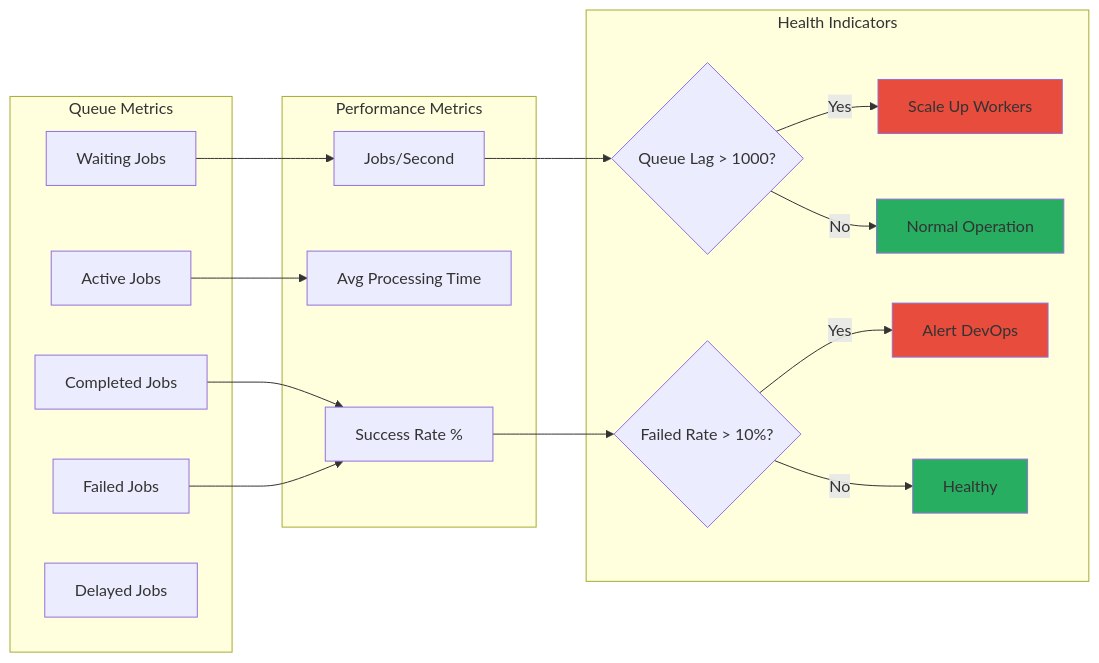
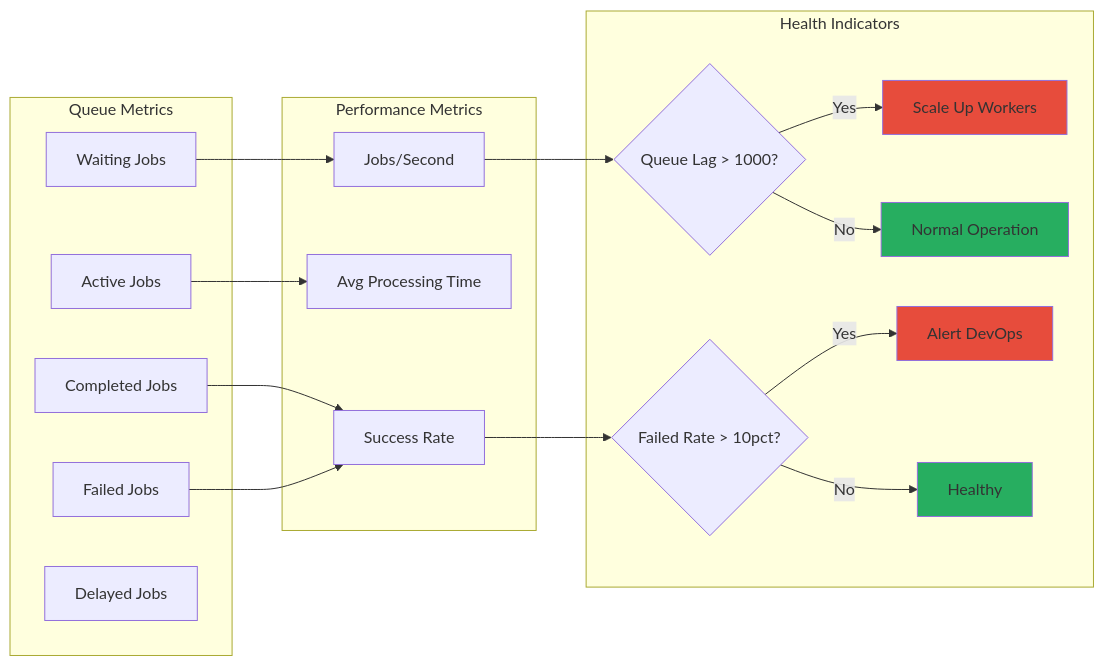
Before and after one commit to telemetryflow/telemetryflow-overview: diagram 18 of 54 in architecture/05-PERFORMANCE.md, drawn with Mermaid. The commit also changed other lines of this file and 68 other files, not shown here.

````diff
--- a/architecture/05-PERFORMANCE.md
+++ b/architecture/05-PERFORMANCE.md
@@ -697,39 +703,39 @@
 ```mermaid
 graph LR
     subgraph "Queue Metrics"
         A[Waiting Jobs]
         B[Active Jobs]
         C[Completed Jobs]
         D[Failed Jobs]
         E[Delayed Jobs]
     end
 
     subgraph "Performance Metrics"
         F[Jobs/Second]
         G[Avg Processing Time]
-        H[Success Rate %]
+        H[Success Rate]
     end
 
     subgraph "Health Indicators"
         I{Queue Lag > 1000?}
         I -->|Yes| J[Scale Up Workers]
         I -->|No| K[Normal Operation]
 
-        L{Failed Rate > 10%?}
+        L{Failed Rate > 10pct?}
         L -->|Yes| M[Alert DevOps]
         L -->|No| N[Healthy]
     end
 
     A --> F
     B --> G
     C --> H
     D --> H
 
     F --> I
     H --> L
 
     style J fill:#e74c3c
     style M fill:#e74c3c
     style K fill:#27ae60
     style N fill:#27ae60
 ```
````
